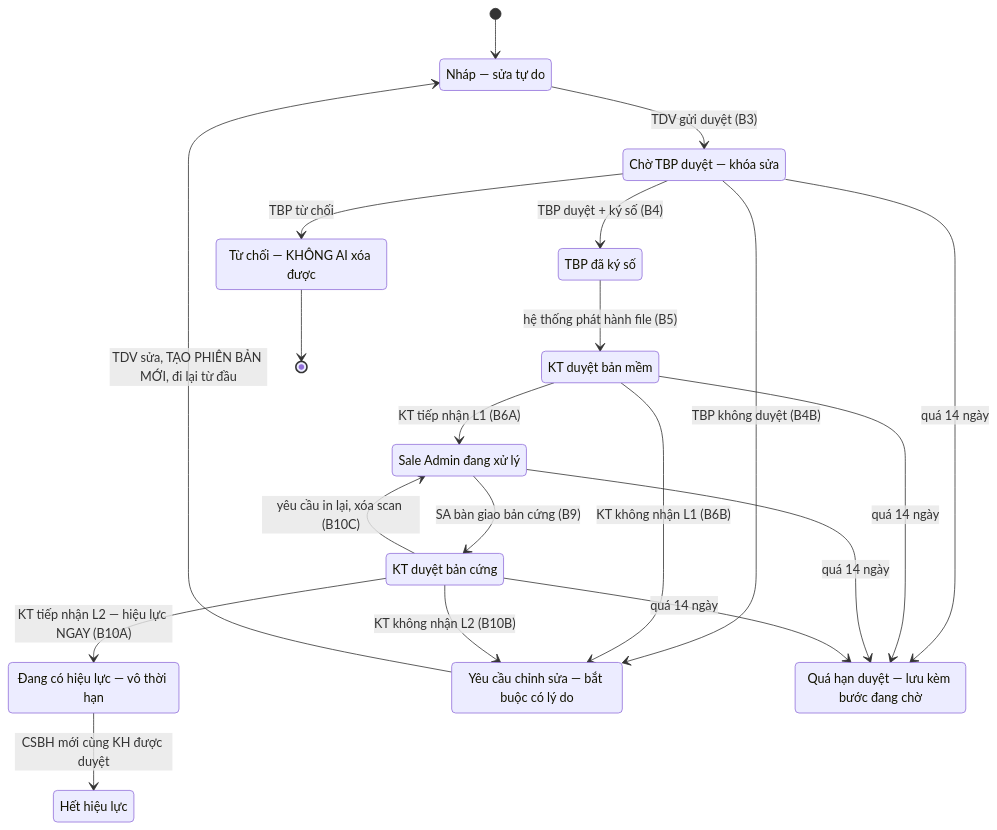
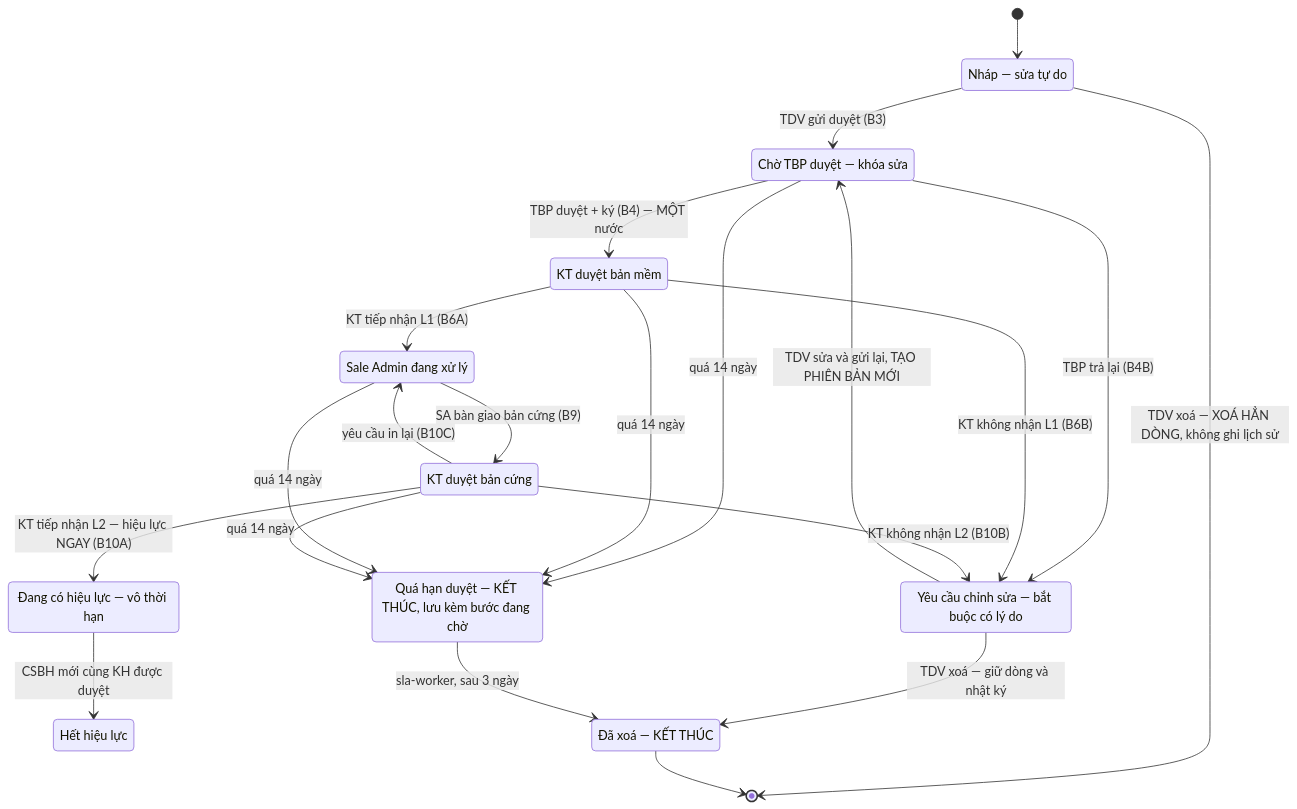
The third of 5 diagrams in agents/KIEN-TRUC-CSBH.md (hieuhv94/sale-policy-tools), drawn with Mermaid before and after one commit. The commit also changed other lines of this file and 7 other files, not shown here.

````diff
--- a/agents/KIEN-TRUC-CSBH.md
+++ b/agents/KIEN-TRUC-CSBH.md
@@ -431,33 +505,33 @@
 ```mermaid
 stateDiagram-v2
   [*] --> Nhap
   Nhap: Nháp — sửa tự do
   ChoTBP: Chờ TBP duyệt — khóa sửa
-  DaKy: TBP đã ký số
   ChoL1: KT duyệt bản mềm
   SAXuLy: Sale Admin đang xử lý
   ChoL2: KT duyệt bản cứng
   HieuLuc: Đang có hiệu lực — vô thời hạn
   HetHieuLuc: Hết hiệu lực
   YeuCauSua: Yêu cầu chỉnh sửa — bắt buộc có lý do
-  TuChoi: Từ chối — KHÔNG AI xóa được
-  QuaHan: Quá hạn duyệt — lưu kèm bước đang chờ
+  QuaHan: Quá hạn duyệt — KẾT THÚC, lưu kèm bước đang chờ
+  DaXoa: Đã xoá — KẾT THÚC
   Nhap --> ChoTBP: TDV gửi duyệt (B3)
-  ChoTBP --> DaKy: TBP duyệt + ký số (B4)
-  DaKy --> ChoL1: hệ thống phát hành file (B5)
+  ChoTBP --> ChoL1: TBP duyệt + ký (B4) — MỘT nước
   ChoL1 --> SAXuLy: KT tiếp nhận L1 (B6A)
   SAXuLy --> ChoL2: SA bàn giao bản cứng (B9)
   ChoL2 --> HieuLuc: KT tiếp nhận L2 — hiệu lực NGAY (B10A)
   HieuLuc --> HetHieuLuc: CSBH mới cùng KH được duyệt
-  ChoTBP --> TuChoi: TBP từ chối
-  TuChoi --> [*]
-  ChoTBP --> YeuCauSua: TBP không duyệt (B4B)
+  ChoTBP --> YeuCauSua: TBP trả lại (B4B)
   ChoL1 --> YeuCauSua: KT không nhận L1 (B6B)
   ChoL2 --> YeuCauSua: KT không nhận L2 (B10B)
-  ChoL2 --> SAXuLy: yêu cầu in lại, xóa scan (B10C)
-  YeuCauSua --> Nhap: TDV sửa, TẠO PHIÊN BẢN MỚI, đi lại từ đầu
+  ChoL2 --> SAXuLy: yêu cầu in lại (B10C)
+  YeuCauSua --> ChoTBP: TDV sửa và gửi lại, TẠO PHIÊN BẢN MỚI
+  Nhap --> [*]: TDV xoá — XOÁ HẲN DÒNG, không ghi lịch sử
+  YeuCauSua --> DaXoa: TDV xoá — giữ dòng và nhật ký
   ChoTBP --> QuaHan: quá 14 ngày
   ChoL1 --> QuaHan: quá 14 ngày
   SAXuLy --> QuaHan: quá 14 ngày
   ChoL2 --> QuaHan: quá 14 ngày
+  QuaHan --> DaXoa: sla-worker, sau 3 ngày
+  DaXoa --> [*]
 ```
````
